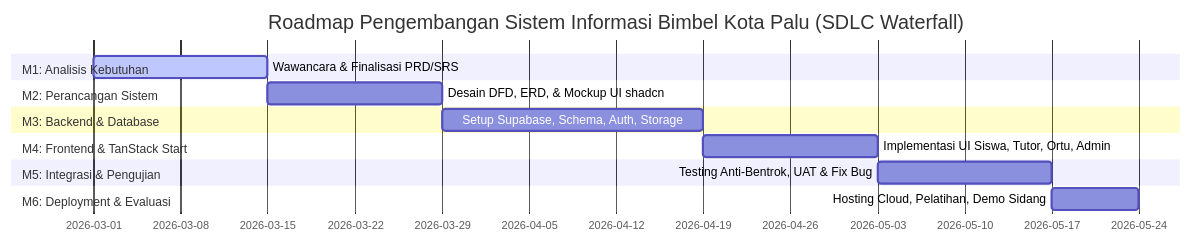
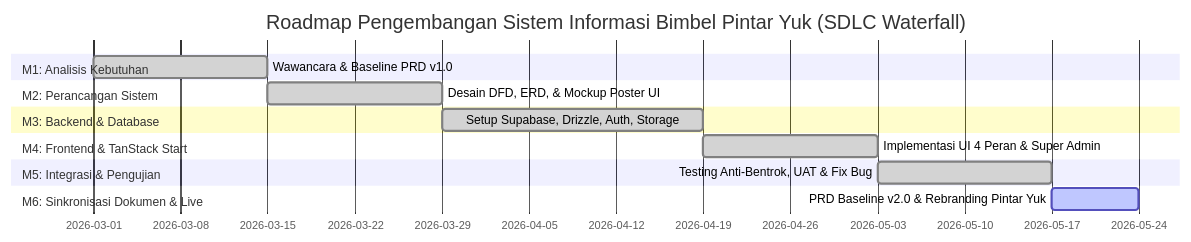
The fourth of 4 diagrams in PRD.md (mohyusfi/bimbel-rpl), drawn with Mermaid before and after one commit. The commit also changed other lines of this file and 4 other files, not shown here.

First line of the commit message:
docs(prd): sinkronisasi baseline v2.0 dan rebranding pintar yuk

````diff
--- a/PRD.md
+++ b/PRD.md
@@ -401,17 +571,17 @@
 ```mermaid
 gantt
-    title Roadmap Pengembangan Sistem Informasi Bimbel Kota Palu (SDLC Waterfall)
+    title Roadmap Pengembangan Sistem Informasi Bimbel Pintar Yuk (SDLC Waterfall)
     dateFormat  YYYY-MM-DD
     section M1: Analisis Kebutuhan
-    Wawancara & Finalisasi PRD/SRS        :active, m1, 2026-03-01, 14d
+    Wawancara & Baseline PRD v1.0         :done, m1, 2026-03-01, 14d
     section M2: Perancangan Sistem
-    Desain DFD, ERD, & Mockup UI shadcn   :m2, after m1, 14d
+    Desain DFD, ERD, & Mockup Poster UI   :done, m2, after m1, 14d
     section M3: Backend & Database
-    Setup Supabase, Schema, Auth, Storage :m3, after m2, 21d
+    Setup Supabase, Drizzle, Auth, Storage:done, m3, after m2, 21d
     section M4: Frontend & TanStack Start
-    Implementasi UI Siswa, Tutor, Ortu, Admin :m4, after m3, 14d
+    Implementasi UI 4 Peran & Super Admin :done, m4, after m3, 14d
     section M5: Integrasi & Pengujian
-    Testing Anti-Bentrok, UAT & Fix Bug  :m5, after m4, 14d
-    section M6: Deployment & Evaluasi
-    Hosting Cloud, Pelatihan, Demo Sidang :m6, after m5, 7d
+    Testing Anti-Bentrok, UAT & Fix Bug   :done, m5, after m4, 14d
+    section M6: Sinkronisasi Dokumen & Live
+    PRD Baseline v2.0 & Rebranding Pintar Yuk :active, m6, after m5, 7d
 ```
````
